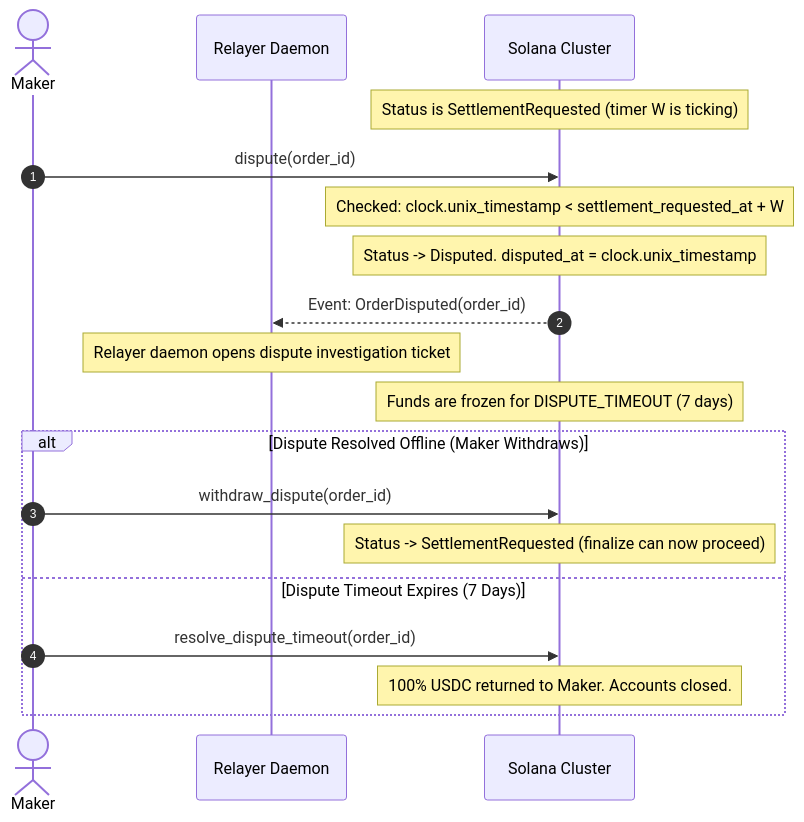
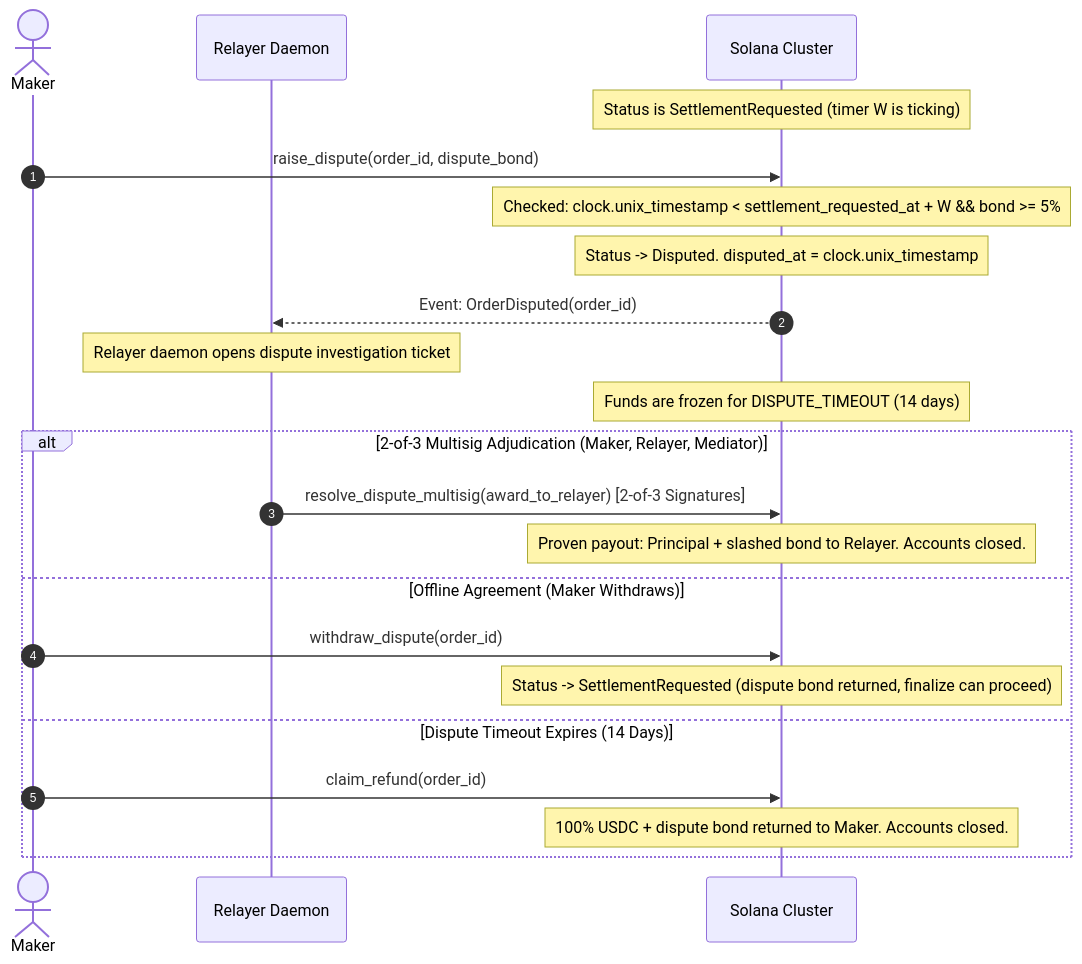
The second of 7 diagrams in docs/plan/20-integration-and-settlement-flows.md (alikulaOwen/bamboo), drawn with Mermaid before and after one commit. The commit also changed other lines of this file and 10 other files, not shown here.

````diff
--- a/docs/plan/20-integration-and-settlement-flows.md
+++ b/docs/plan/20-integration-and-settlement-flows.md
@@ -80,25 +80,28 @@
 ```mermaid
 sequenceDiagram
     autonumber
     actor Maker as Maker
     participant Relayer as Relayer Daemon
     participant Solana as Solana Cluster
 
     Note over Solana: Status is SettlementRequested (timer W is ticking)
     
-    Maker->>Solana: dispute(order_id)
-    Note over Solana: Checked: clock.unix_timestamp < settlement_requested_at + W
+    Maker->>Solana: raise_dispute(order_id, dispute_bond)
+    Note over Solana: Checked: clock.unix_timestamp < settlement_requested_at + W && bond >= 5%
     Note over Solana: Status -> Disputed. disputed_at = clock.unix_timestamp
     Solana-->>Relayer: Event: OrderDisputed(order_id)
     
     Note over Relayer: Relayer daemon opens dispute investigation ticket
-    Note over Solana: Funds are frozen for DISPUTE_TIMEOUT (7 days)
+    Note over Solana: Funds are frozen for DISPUTE_TIMEOUT (14 days)
     
-    alt Dispute Resolved Offline (Maker Withdraws)
+    alt 2-of-3 Multisig Adjudication (Maker, Relayer, Mediator)
+        Relayer->>Solana: resolve_dispute_multisig(award_to_relayer) [2-of-3 Signatures]
+        Note over Solana: Proven payout: Principal + slashed bond to Relayer. Accounts closed.
+    else Offline Agreement (Maker Withdraws)
         Maker->>Solana: withdraw_dispute(order_id)
-        Note over Solana: Status -> SettlementRequested (finalize can now proceed)
-    else Dispute Timeout Expires (7 Days)
-        Maker->>Solana: resolve_dispute_timeout(order_id)
-        Note over Solana: 100% USDC returned to Maker. Accounts closed.
+        Note over Solana: Status -> SettlementRequested (dispute bond returned, finalize can proceed)
+    else Dispute Timeout Expires (14 Days)
+        Maker->>Solana: claim_refund(order_id)
+        Note over Solana: 100% USDC + dispute bond returned to Maker. Accounts closed.
     end
 ```
````
